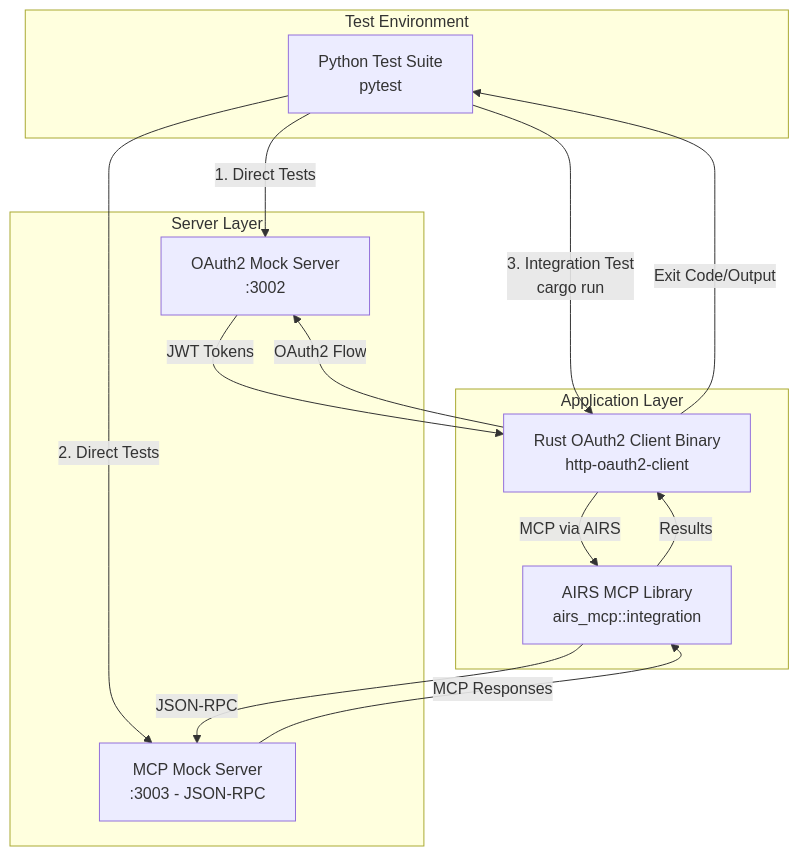
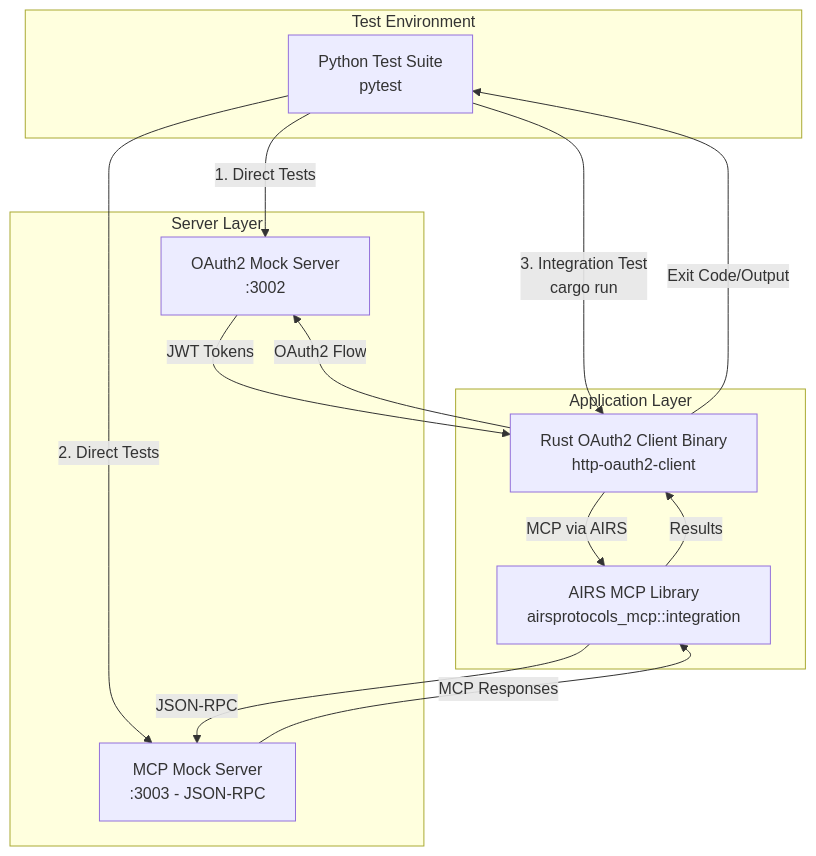
The diagram in protocols/mcp/examples/http-oauth2-client-integration/tests/README.md (airsstack/airsprotocols), drawn with Mermaid before and after one commit. The commit also changed other lines of this file and 26 other files, not shown here.

````diff
--- a/protocols/mcp/examples/http-oauth2-client-integration/tests/README.md
+++ b/protocols/mcp/examples/http-oauth2-client-integration/tests/README.md
@@ -9,27 +9,27 @@
 ```mermaid
 graph TB
     subgraph "Test Environment"
         PT[Python Test Suite<br/>pytest]
     end
     
     subgraph "Application Layer"
         RC[Rust OAuth2 Client Binary<br/>http-oauth2-client]
-        AMCP[AIRS MCP Library<br/>airs_mcp::integration]
+        AMCP[AIRS MCP Library<br/>airsprotocols_mcp::integration]
     end
     
     subgraph "Server Layer"
         OS[OAuth2 Mock Server<br/>:3002]
         MS[MCP Mock Server<br/>:3003 - JSON-RPC]
     end
     
     PT -->|1. Direct Tests| OS
     PT -->|2. Direct Tests| MS  
     PT -->|3. Integration Test<br/>cargo run| RC
     RC -->|OAuth2 Flow| OS
     RC -->|MCP via AIRS| AMCP
     AMCP -->|JSON-RPC| MS
     OS -->|JWT Tokens| RC
     MS -->|MCP Responses| AMCP
     AMCP -->|Results| RC
     RC -->|Exit Code/Output| PT
 ```
````
